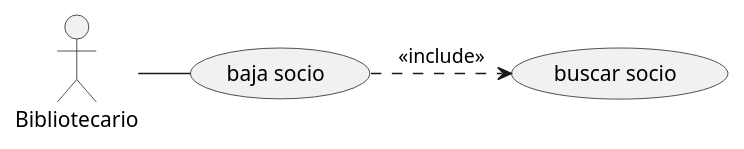
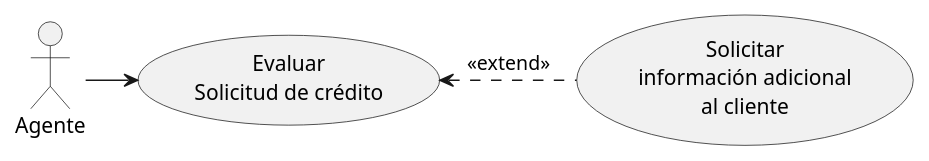
Before and after one commit to CorazaNegra/CasosDeUsos2: the diagram in CasosDeUsos2.puml, drawn with PlantUML.

Commit message:
ejempli extensión

```diff
--- a/CasosDeUsos2.puml
+++ b/CasosDeUsos2.puml
@@ -1,11 +1,11 @@
 @startuml
 
-actor "Bibliotecario" as b
+actor "Agente" as a
 
-usecase "baja socio" as UC1
-usecase "buscar socio" as UC2
+usecase "Evaluar\nSolicitud de crédito" as UC1
+usecase "Solicitar\ninformación adicional\nal cliente" as UC2
 
-b -right- UC1
-UC1 .right.> UC2 : <<include>>
+a -right-> UC1
+UC1 <.right. UC2 : <<extend>>
 
 @enduml
```
